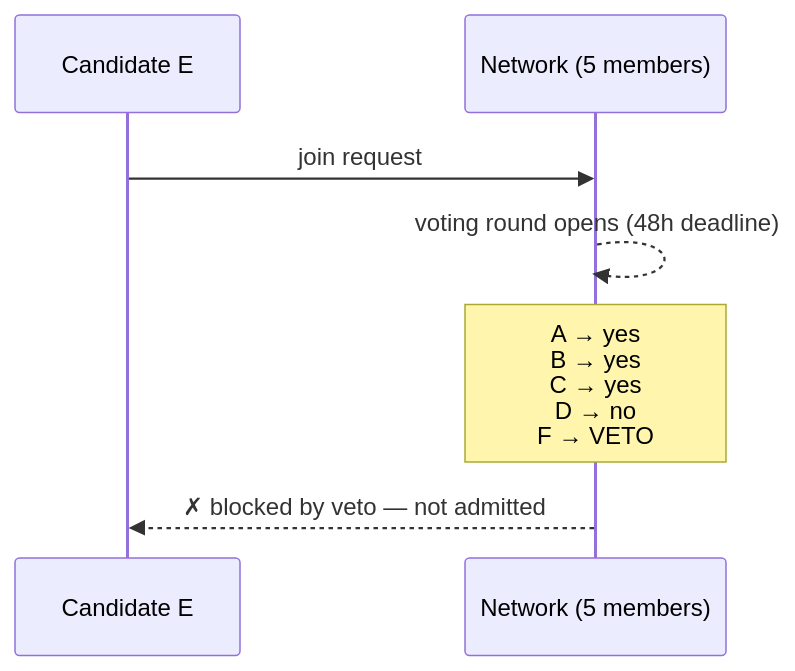
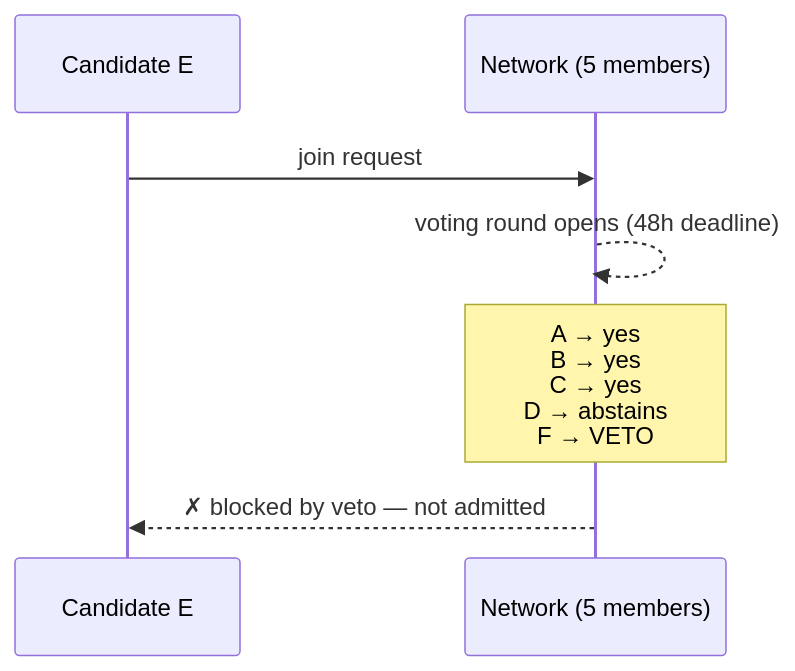
Before and after one commit to MetalMMagic/Ythril: the fifth of 17 diagrams in docs/network-types.md, drawn with Mermaid. The commit also changed other lines of this file and 6 other files, not shown here.

````diff
--- a/docs/network-types.md
+++ b/docs/network-types.md
@@ -114,10 +114,10 @@
 ```mermaid
 sequenceDiagram
     participant E as Candidate E
     participant Net as Network (5 members)
 
     E->>Net: join request
     Net-->>Net: voting round opens (48h deadline)
-    Note over Net: A → yes<br/>B → yes<br/>C → yes<br/>D → no<br/>F → VETO
+    Note over Net: A → yes<br/>B → yes<br/>C → yes<br/>D → abstains<br/>F → VETO
     Net-->>E: ✗ blocked by veto — not admitted
 ```
````
